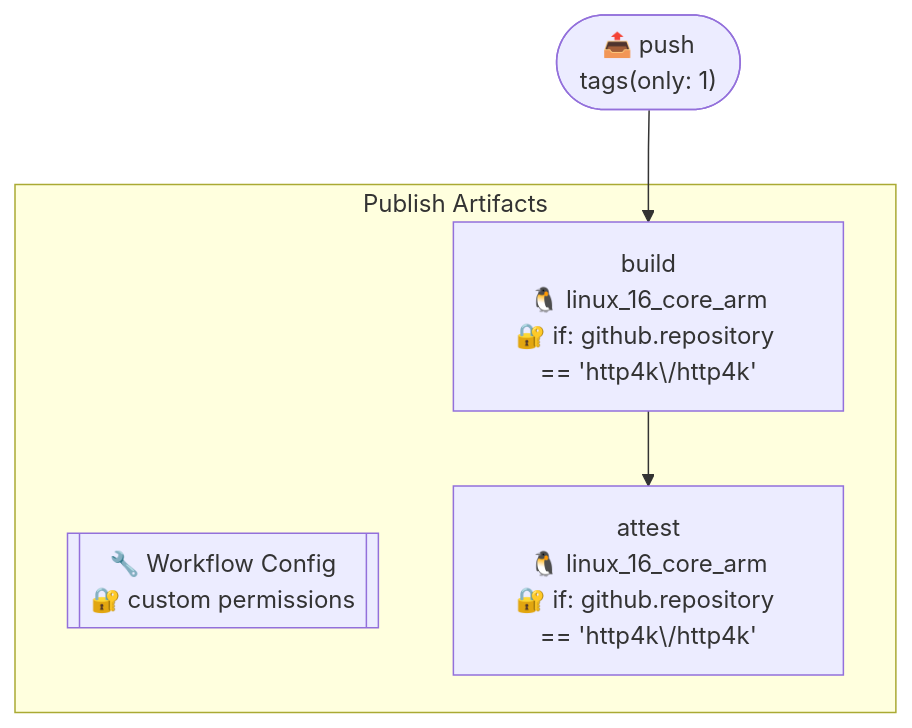
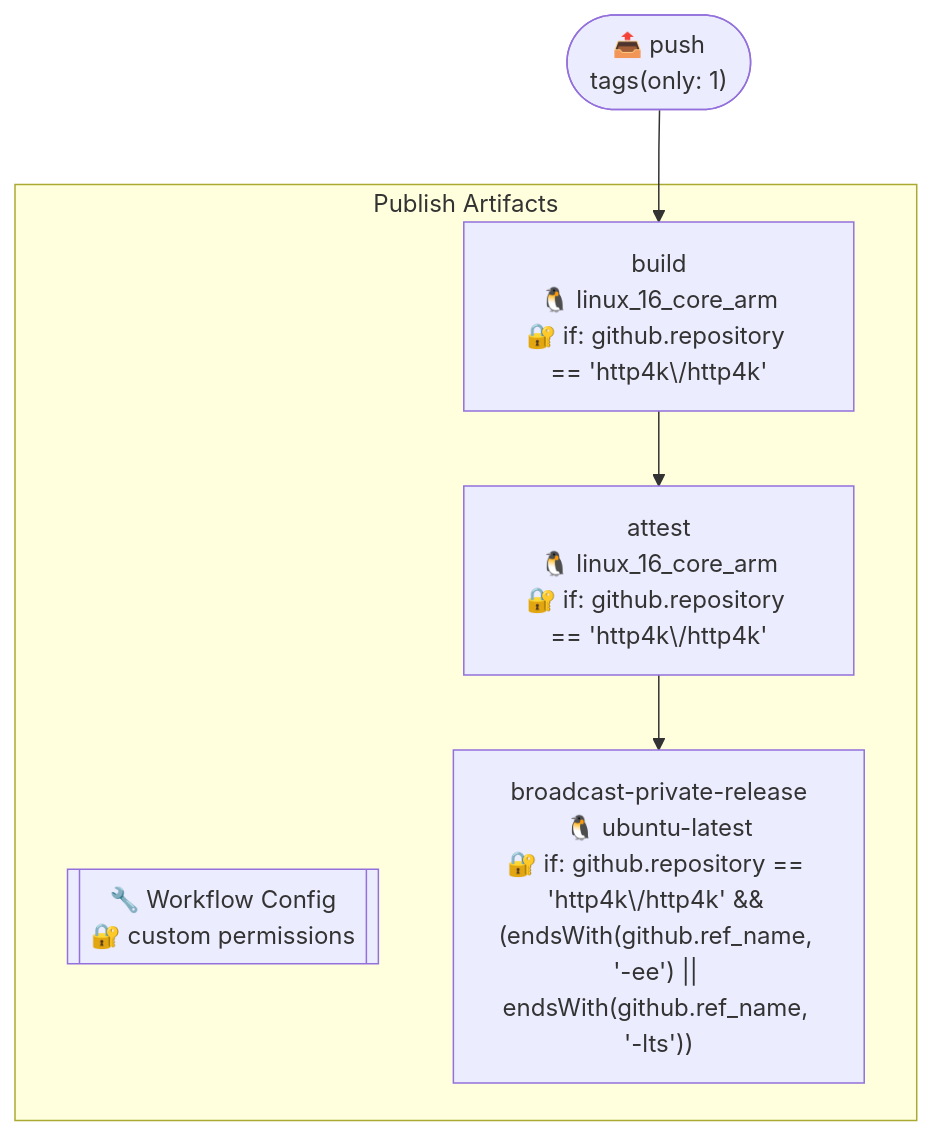
The first of 4 diagrams in .github/typeflows/publish-artifacts/README.md (http4k/http4k), drawn with Mermaid before and after one commit. The commit also changed other lines of this file and 14 other files, not shown here.

````diff
--- a/.github/typeflows/publish-artifacts/README.md
+++ b/.github/typeflows/publish-artifacts/README.md
@@ -3,12 +3,14 @@
 ```mermaid
 %%{init: {"flowchart": {"curve": "basis"}}}%%
 flowchart TD
     push(["📤 push<br/>tags(only: 1)"])
     subgraph publishartifactsyml["Publish Artifacts"]
         publishartifactsyml_metadata[["🔧 Workflow Config<br/>🔐 custom permissions"]]
         publishartifactsyml_build["build<br/>🐧 linux_16_core_arm<br/>🔐 if: github.repository == 'http4k\/http4k'"]
         publishartifactsyml_attest["attest<br/>🐧 linux_16_core_arm<br/>🔐 if: github.repository == 'http4k\/http4k'"]
+        publishartifactsyml_broadcastprivaterelease["broadcast-private-release<br/>🐧 ubuntu-latest<br/>🔐 if: github.repository == 'http4k\/http4k' && (endsWith(github.ref_name, '-ee') || endsWith(github.ref_name, '-lts'))"]
         publishartifactsyml_build --> publishartifactsyml_attest
+        publishartifactsyml_attest --> publishartifactsyml_broadcastprivaterelease
     end
     push --> publishartifactsyml_build
 ```
````
